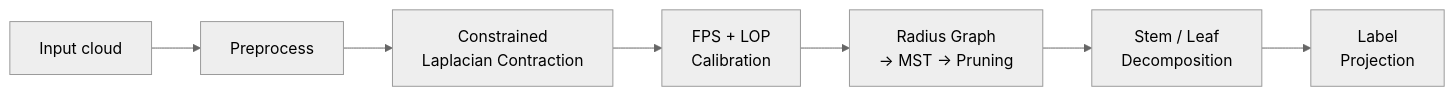
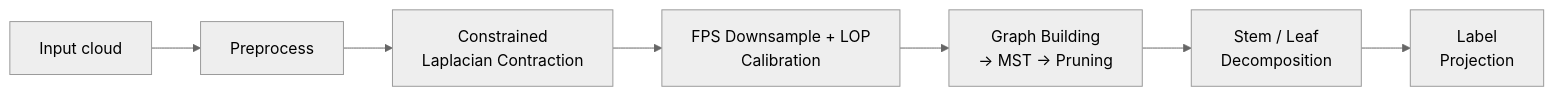
The diagram in README.md (qiweishen/Plant2Skeleton), drawn with Mermaid (neutral theme) before and after one commit. The commit also changed other lines of this file and 4 other files, not shown here.

````diff
--- a/README.md
+++ b/README.md
@@ -35,9 +26,9 @@
 ```mermaid
 flowchart LR
     A[Input cloud] --> B[Preprocess]
     B --> C[Constrained<br/>Laplacian Contraction]
-    C --> D[FPS + LOP<br/>Calibration]
-    D --> E[Radius Graph<br/>→ MST → Pruning]
+    C --> D[FPS Downsample + LOP<br/>Calibration]
+    D --> E[Graph Building<br/>→ MST → Pruning]
     E --> F[Stem / Leaf<br/>Decomposition]
     F --> G[Label<br/>Projection]
 ```
````
